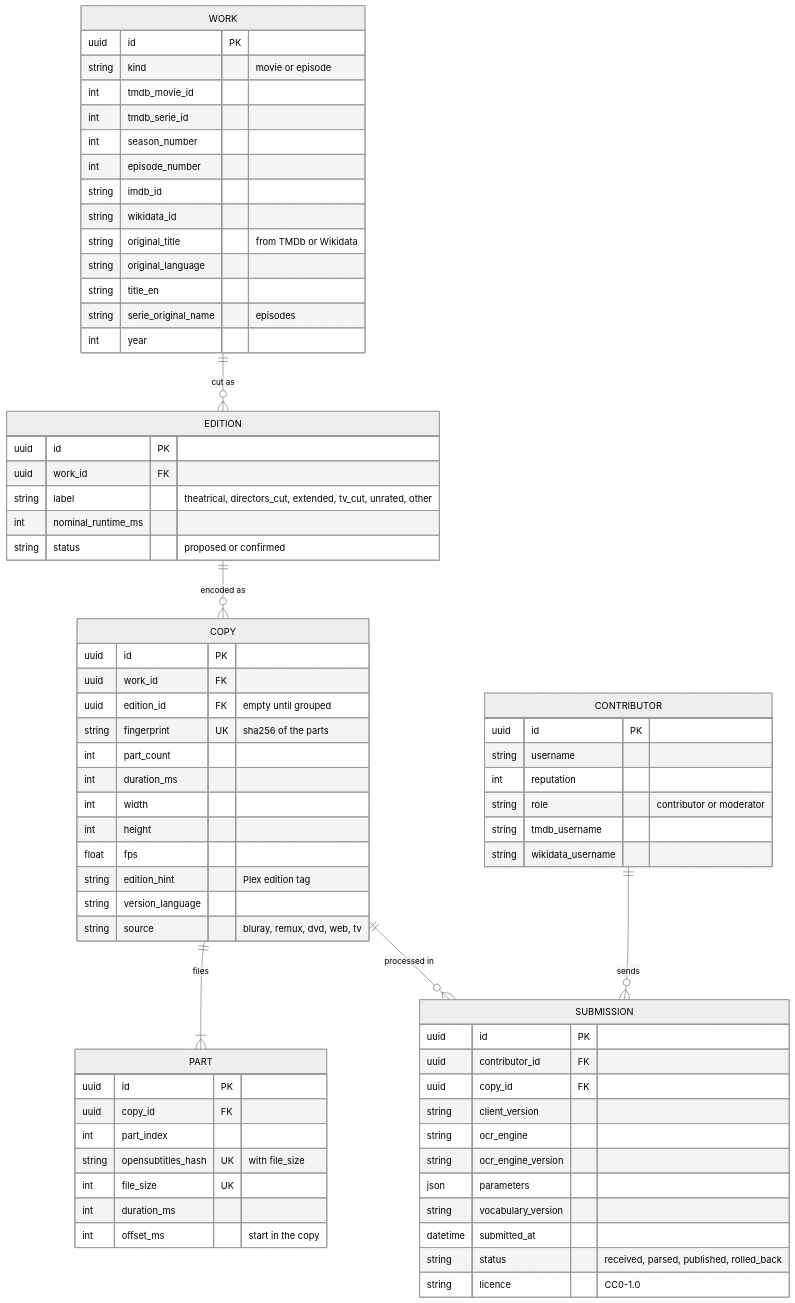
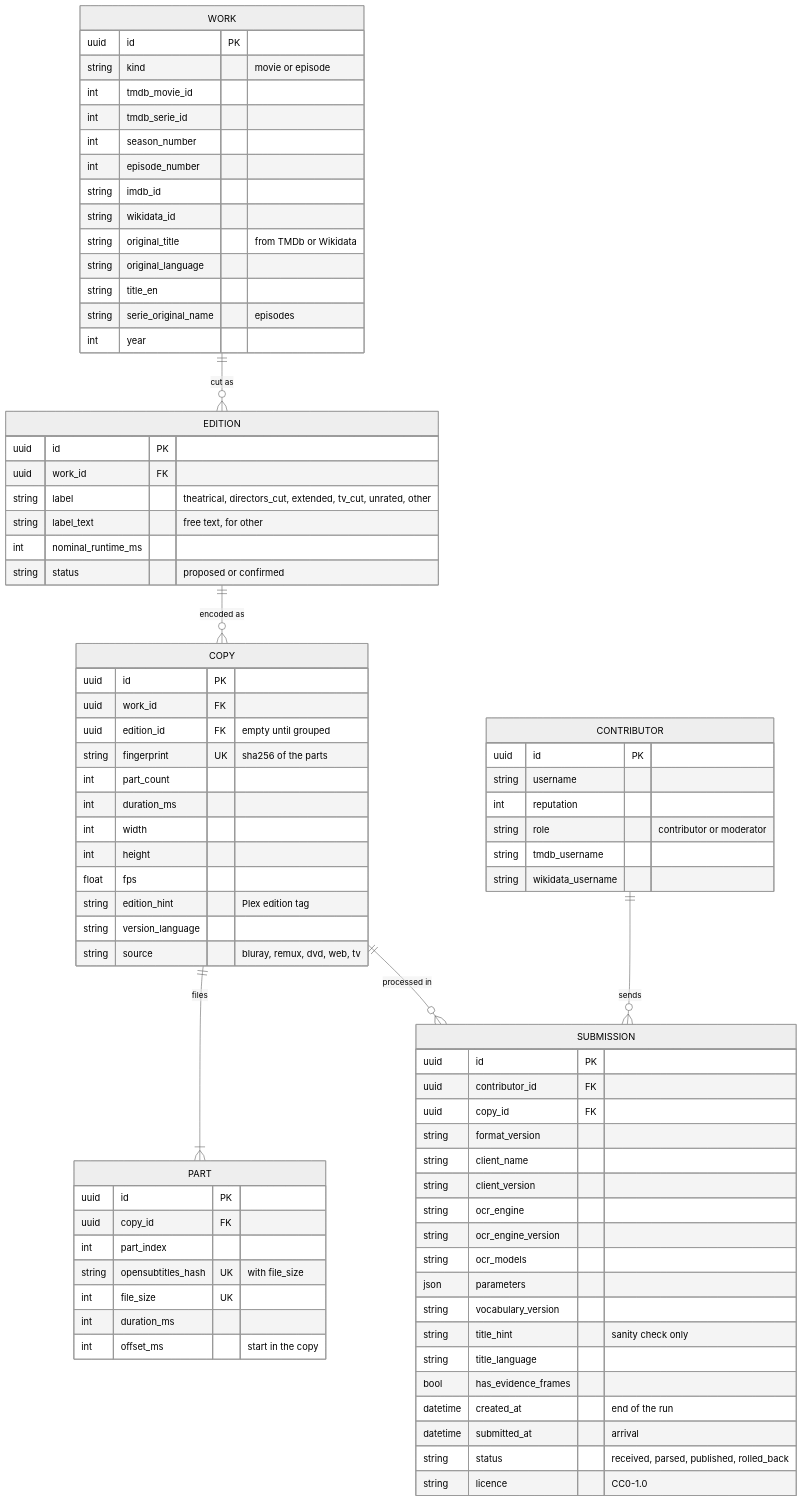
One commit to vaugouin/open-credits changed the second of 5 diagrams in doc/data-model.md. Above: the diagram before and after it, drawn with Mermaid (neutral theme). The commit also changed other lines of this file and 5 other files, not shown here.

```diff
--- a/doc/data-model.md
+++ b/doc/data-model.md
@@ -371,6 +372,7 @@
         uuid id PK
         uuid work_id FK
         string label "theatrical, directors_cut, extended, tv_cut, unrated, other"
+        string label_text "free text, for other"
         int nominal_runtime_ms
         string status "proposed or confirmed"
     }
@@ -401,12 +403,19 @@
         uuid id PK
         uuid contributor_id FK
         uuid copy_id FK
+        string format_version
+        string client_name
         string client_version
         string ocr_engine
         string ocr_engine_version
+        string ocr_models
         json parameters
         string vocabulary_version
-        datetime submitted_at
+        string title_hint "sanity check only"
+        string title_language
+        bool has_evidence_frames
+        datetime created_at "end of the run"
+        datetime submitted_at "arrival"
         string status "received, parsed, published, rolled_back"
         string licence "CC0-1.0"
     }
```
